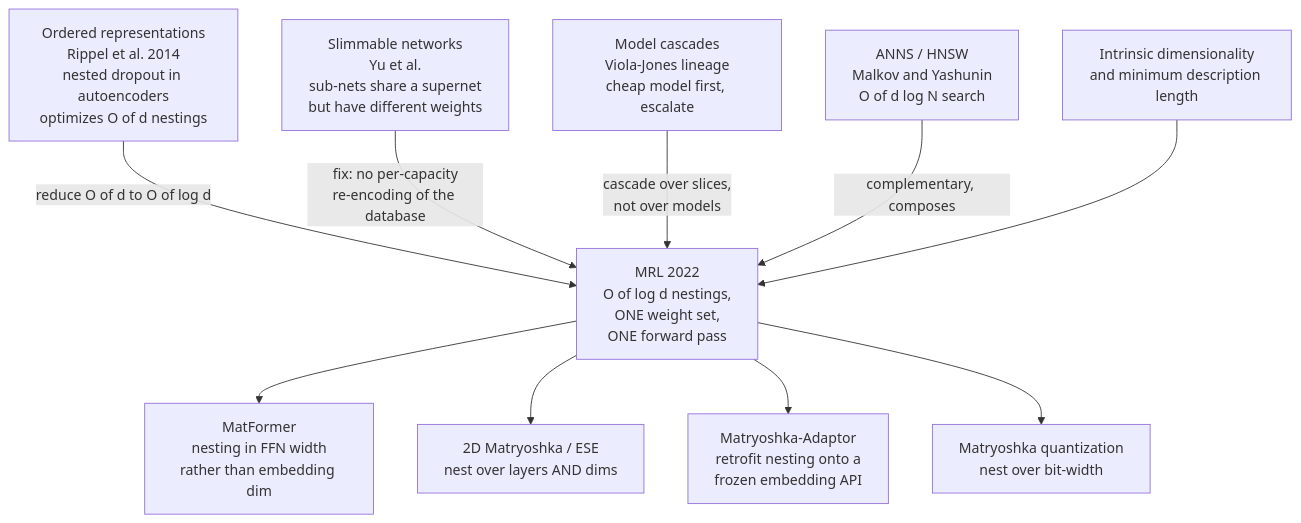
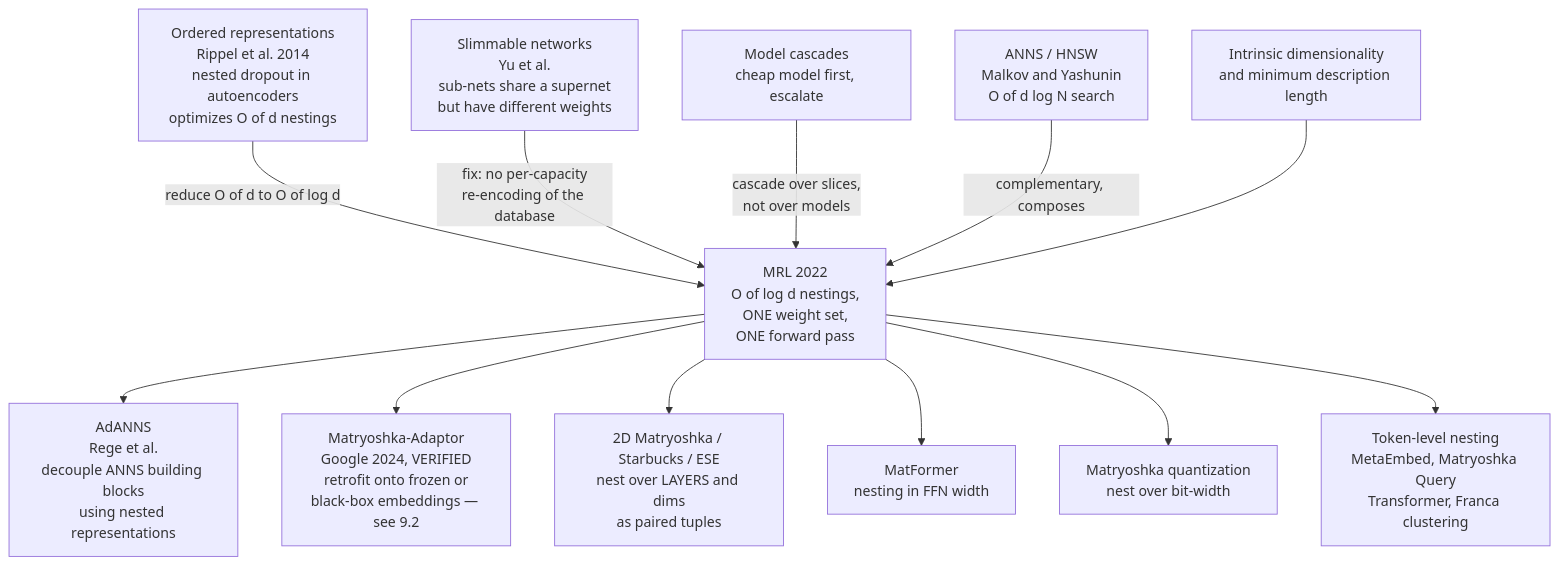
The seventh of 8 diagrams in docs/mrl-kb.md (karolmajek/torment-nexus), drawn with Mermaid before and after one commit. The commit also changed other lines of this file, not shown here.

Commit message:
MRL adapter

````diff
--- a/docs/mrl-kb.md
+++ b/docs/mrl-kb.md
@@ -349,21 +484,23 @@
 ```mermaid
 flowchart TD
     ORD["Ordered representations<br/>Rippel et al. 2014<br/>nested dropout in autoencoders<br/>optimizes O of d nestings"]
     SLIM["Slimmable networks<br/>Yu et al.<br/>sub-nets share a supernet<br/>but have different weights"]
-    CASC["Model cascades<br/>Viola-Jones lineage<br/>cheap model first, escalate"]
+    CASC["Model cascades<br/>cheap model first, escalate"]
     ANNS["ANNS / HNSW<br/>Malkov and Yashunin<br/>O of d log N search"]
     IDIM["Intrinsic dimensionality<br/>and minimum description length"]
 
     MRL["MRL 2022<br/>O of log d nestings,<br/>ONE weight set,<br/>ONE forward pass"]
 
     ORD -->|"reduce O of d to O of log d"| MRL
     SLIM -->|"fix: no per-capacity<br/>re-encoding of the database"| MRL
     CASC -->|"cascade over slices,<br/>not over models"| MRL
     ANNS -->|"complementary, composes"| MRL
     IDIM --> MRL
 
-    MRL --> F1["MatFormer<br/>nesting in FFN width<br/>rather than embedding dim"]
-    MRL --> F2["2D Matryoshka / ESE<br/>nest over layers AND dims"]
-    MRL --> F3["Matryoshka-Adaptor<br/>retrofit nesting onto a<br/>frozen embedding API"]
-    MRL --> F4["Matryoshka quantization<br/>nest over bit-width"]
+    MRL --> F1["AdANNS<br/>Rege et al.<br/>decouple ANNS building blocks<br/>using nested representations"]
+    MRL --> F2["Matryoshka-Adaptor<br/>Google 2024, VERIFIED<br/>retrofit onto frozen or<br/>black-box embeddings — see 9.2"]
+    MRL --> F3["2D Matryoshka / Starbucks / ESE<br/>nest over LAYERS and dims<br/>as paired tuples"]
+    MRL --> F4["MatFormer<br/>nesting in FFN width"]
+    MRL --> F5["Matryoshka quantization<br/>nest over bit-width"]
+    MRL --> F6["Token-level nesting<br/>MetaEmbed, Matryoshka Query<br/>Transformer, Franca clustering"]
 ```
````
